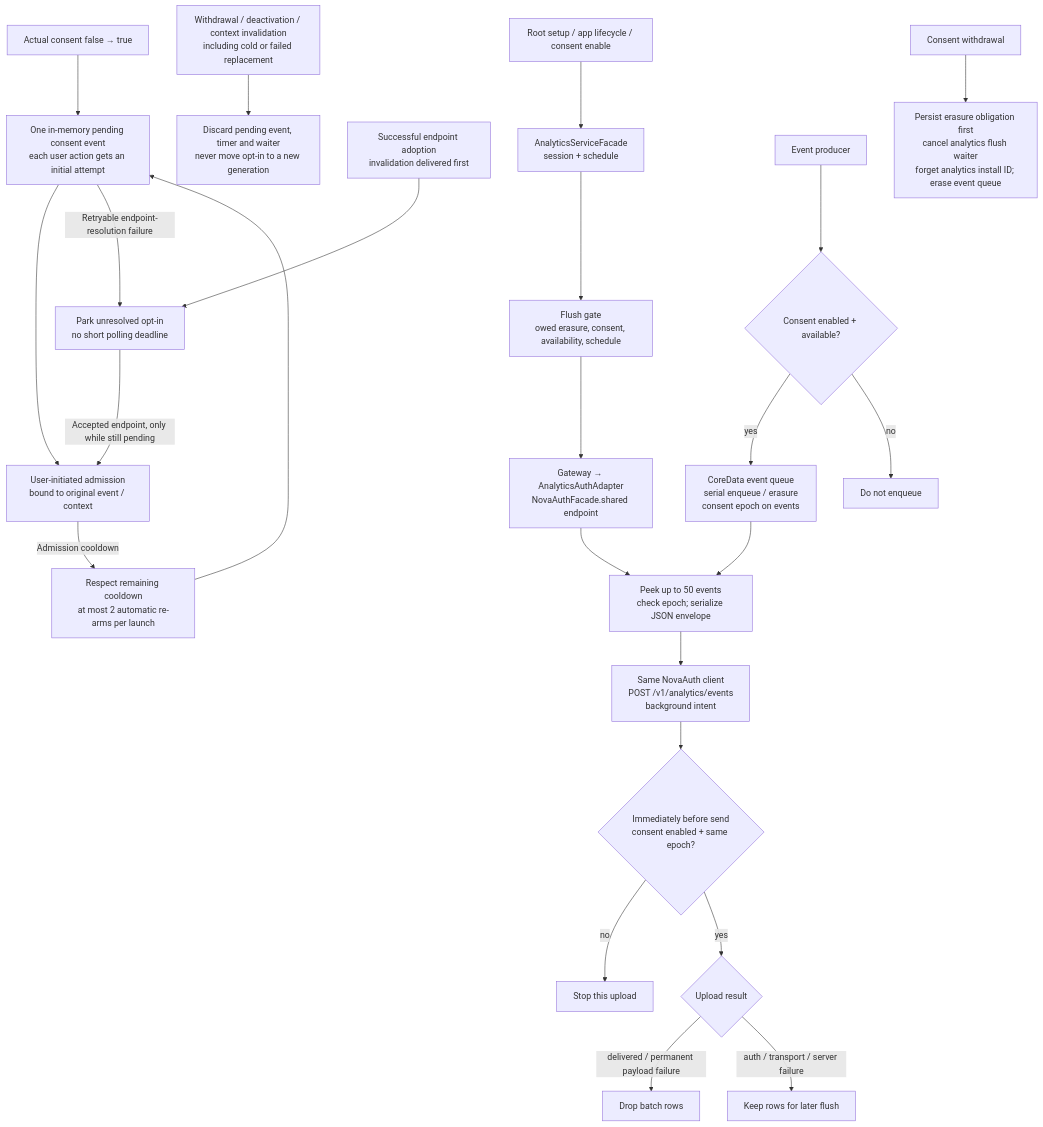
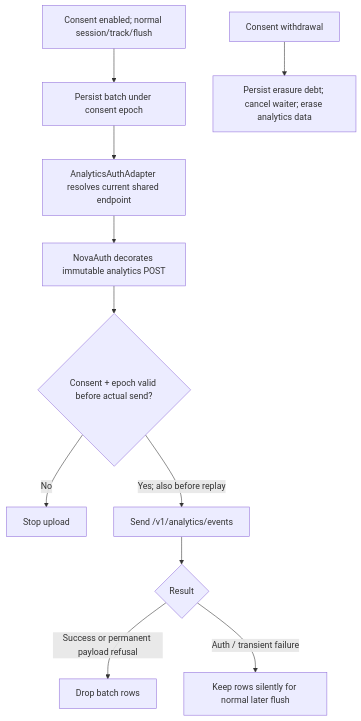
One commit to novasamatech/nova-wallet-ios changed the eighth of 8 diagrams in .claude/docs/architecture/novaauth-client-diagrams.md. Above: the diagram before and after it, drawn with Mermaid. The commit also changed other lines of this file and 5 other files, not shown here.

Commit message:
describe the shared bearer requests and simplified recovery in the nova auth docs

````diff
--- a/.claude/docs/architecture/novaauth-client-diagrams.md
+++ b/.claude/docs/architecture/novaauth-client-diagrams.md
@@ -328,26 +276,13 @@
 ```mermaid
 flowchart TB
-  ROOT["Root setup / app lifecycle / consent enable"] --> FACADE["AnalyticsServiceFacade<br/>session + schedule"]
-  ENABLE["Actual consent false → true"] --> RECOVER["One in-memory pending consent event<br/>each user action gets an initial attempt"]
-  RECOVER --> ADMIT["User-initiated admission<br/>bound to original event / context"]
-  RECOVER -- "Retryable endpoint-resolution failure" --> PARK["Park unresolved opt-in<br/>no short polling deadline"]
-  READY["Successful endpoint adoption<br/>invalidation delivered first"] --> PARK
-  PARK -- "Accepted endpoint, only while still pending" --> ADMIT
-  ADMIT -- "Admission cooldown" --> RETRY["Respect remaining cooldown<br/>at most 2 automatic re-arms per launch"]
-  RETRY --> RECOVER
-  INVALIDATE["Withdrawal / deactivation / context invalidation<br/>including cold or failed replacement"] --> DISCARD["Discard pending event, timer and waiter<br/>never move opt-in to a new generation"]
-  EVENT["Event producer"] --> GATE{"Consent enabled + available?"}
-  GATE -- yes --> QUEUE["CoreData event queue<br/>serial enqueue / erasure<br/>consent epoch on events"]
-  GATE -- no --> IGNORE["Do not enqueue"]
-  FACADE --> FLUSH["Flush gate<br/>owed erasure, consent, availability, schedule"]
-  FLUSH --> ADAPTER["Gateway → AnalyticsAuthAdapter<br/>NovaAuthFacade.shared endpoint"]
-  ADAPTER --> BATCH["Peek up to 50 events<br/>check epoch; serialize JSON envelope"]
-  QUEUE --> BATCH
-  BATCH --> SEND["Same NovaAuth client<br/>POST /v1/analytics/events<br/>background intent"]
-  SEND --> CHECK{"Immediately before send<br/>consent enabled + same epoch?"}
-  CHECK -- no --> CANCEL["Stop this upload"]
-  CHECK -- yes --> RESULT{"Upload result"}
-  RESULT -- "delivered / permanent payload failure" --> DROP["Drop batch rows"]
-  RESULT -- "auth / transport / server failure" --> RETAIN["Keep rows for later flush"]
-  OPT["Consent withdrawal"] --> ERASE["Persist erasure obligation first<br/>cancel analytics flush waiter<br/>forget analytics install ID; erase event queue"]
+  C["Consent enabled; normal session/track/flush"] --> Q["Persist batch under consent epoch"]
+  Q --> A["AnalyticsAuthAdapter resolves current shared endpoint"]
+  A --> N["NovaAuth decorates immutable analytics POST"]
+  N --> G{"Consent + epoch valid before actual send?"}
+  G -- "No" --> X["Stop upload"]
+  G -- "Yes; also before replay" --> S["Send /v1/analytics/events"]
+  S --> R{"Result"}
+  R -- "Success or permanent payload refusal" --> D["Drop batch rows"]
+  R -- "Auth / transient failure" --> K["Keep rows silently for normal later flush"]
+  W["Consent withdrawal"] --> E["Persist erasure debt; cancel waiter; erase analytics data"]
 ```
````
